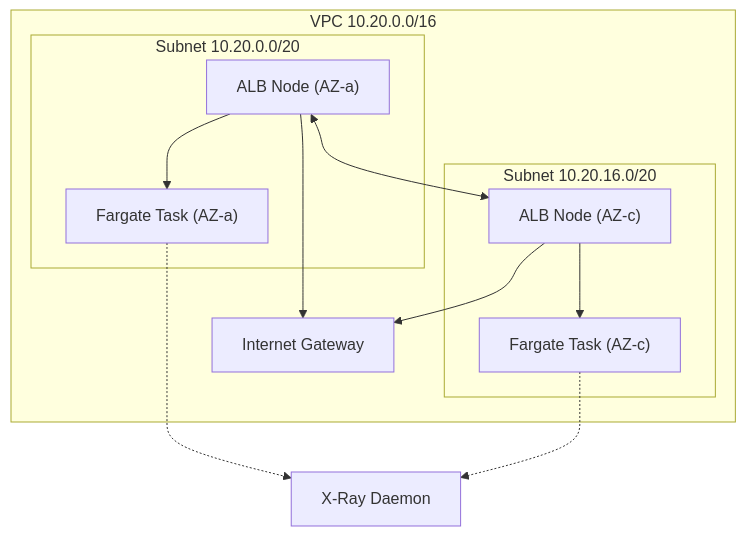
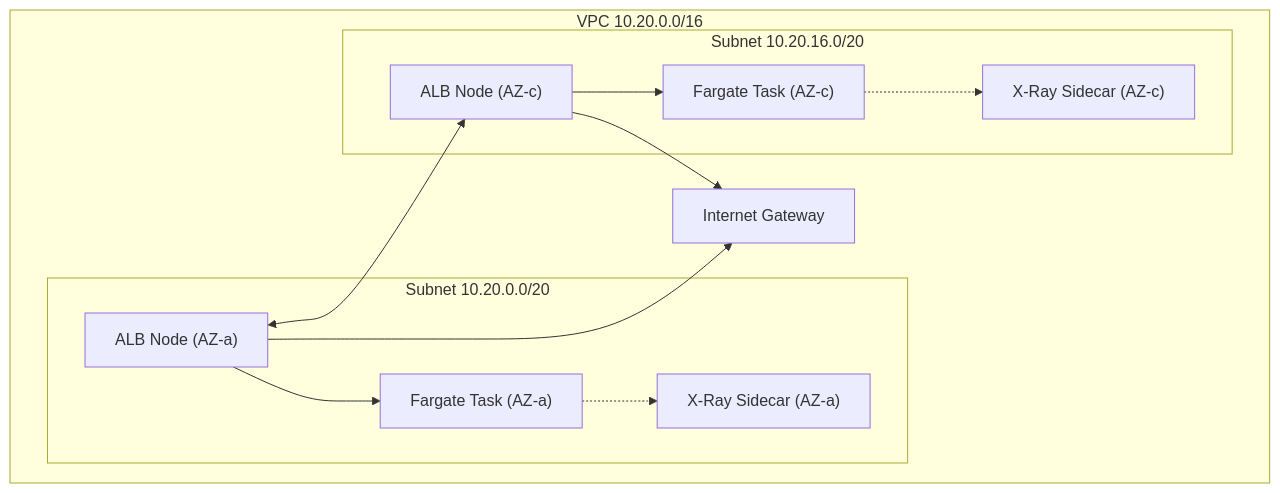
One commit to Softbank-mango/deplight-infra changed the second of 2 diagrams in deployment_system.md. Above: the diagram before and after it, drawn with Mermaid.

Commit message:
vpc diagram

````diff
--- a/deployment_system.md
+++ b/deployment_system.md
@@ -131,21 +131,23 @@
 ```mermaid
 graph TD
   subgraph VPC["VPC 10.20.0.0/16"]
     subgraph AZA["Subnet 10.20.0.0/20"]
       ALB_A["ALB Node (AZ-a)"]
       ECS_A["Fargate Task (AZ-a)"]
+      XR_A["X-Ray Sidecar (AZ-a)"]
     end
     subgraph AZC["Subnet 10.20.16.0/20"]
       ALB_C["ALB Node (AZ-c)"]
       ECS_C["Fargate Task (AZ-c)"]
+      XR_C["X-Ray Sidecar (AZ-c)"]
     end
     IGW["Internet Gateway"]
   end
   ALB_A --> ECS_A
   ALB_C --> ECS_C
   ALB_A <--> ALB_C
-  ECS_A -.-> XRay["X-Ray Daemon"]
-  ECS_C -.-> XRay
+  ECS_A -.-> XR_A
+  ECS_C -.-> XR_C
   ALB_A --> IGW
   ALB_C --> IGW
 ```
````
